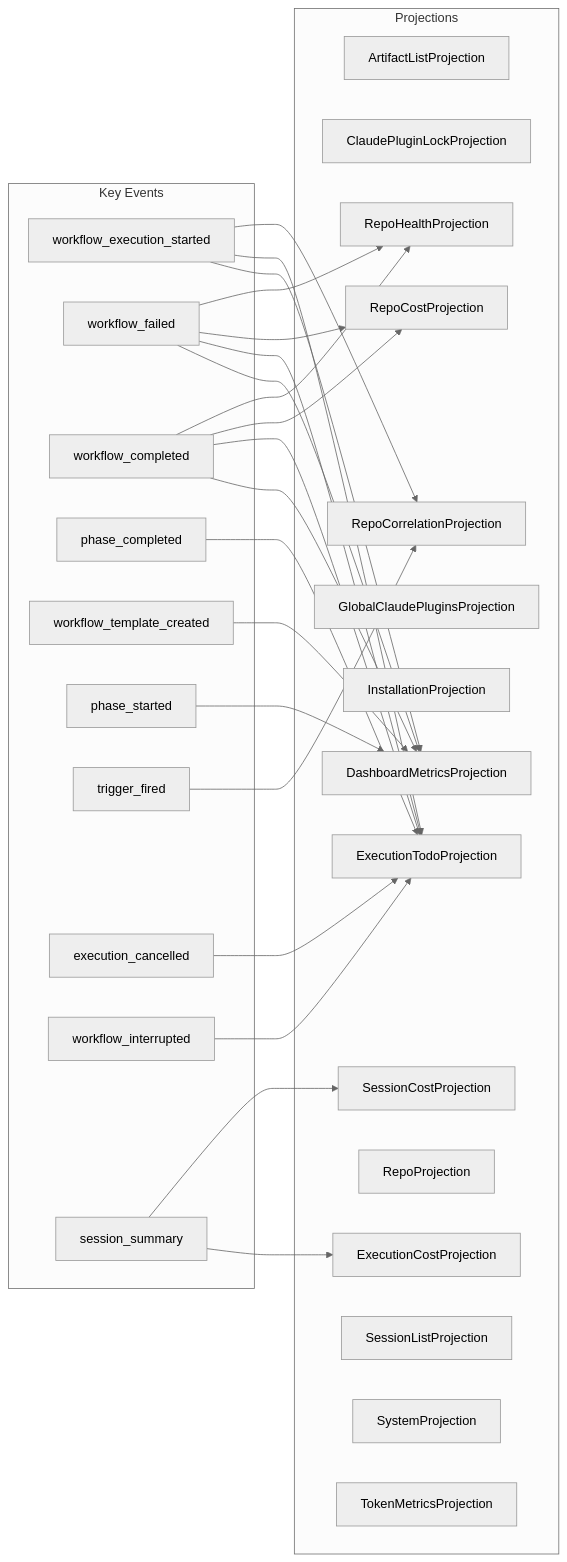
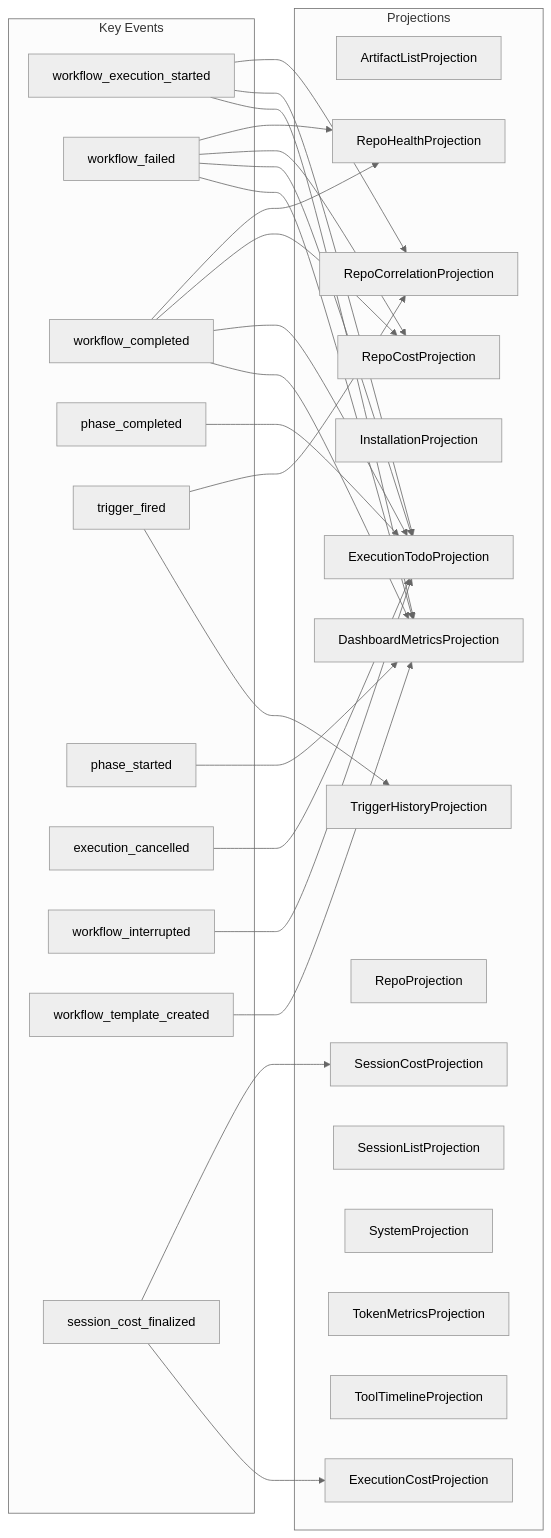
One commit to syntropic137/syntropic137 changed the diagram in docs/architecture/projection-subscriptions.md. Above: the diagram before and after it, drawn with Mermaid (neutral theme). The commit also changed other lines of this file and 1 other file, not shown here.

Commit message:
docs: update generated architecture docs
Pre-existing drift on main - the generated projection/event-flow docs were
stale relative to the code. Regenerating reproduces this diff deterministically
from a clean checkout, so an earlier merge landed without running docs-sync.

Surfaced by the pre-push codegen drift hook while pushing the dependency
audit fix.

Claude-Session: https://claude.ai/code/session_019TtekhJft4s2qBGRGgxToG

````diff
--- a/docs/architecture/projection-subscriptions.md
+++ b/docs/architecture/projection-subscriptions.md
@@ -15,53 +15,54 @@
 ```mermaid
 graph LR
     subgraph events["Key Events"]
         e1[workflow_execution_started]
         e2[workflow_failed]
         e3[workflow_completed]
         e4[phase_completed]
-        e5[workflow_template_created]
+        e5[trigger_fired]
         e6[phase_started]
-        e7[trigger_fired]
-        e8[execution_cancelled]
-        e9[workflow_interrupted]
-        e10[session_summary]
+        e7[execution_cancelled]
+        e8[workflow_interrupted]
+        e9[workflow_template_created]
+        e10[session_cost_finalized]
     end
 
     subgraph projections["Projections"]
         p1[ArtifactListProjection]
-        p2[ClaudePluginLockProjection]
-        p3[DashboardMetricsProjection]
-        p4[ExecutionCostProjection]
-        p5[ExecutionTodoProjection]
-        p6[GlobalClaudePluginsProjection]
-        p7[InstallationProjection]
-        p8[RepoCorrelationProjection]
-        p9[RepoCostProjection]
-        p10[RepoHealthProjection]
-        p11[RepoProjection]
-        p12[SessionCostProjection]
-        p13[SessionListProjection]
-        p14[SystemProjection]
-        p15[TokenMetricsProjection]
+        p2[DashboardMetricsProjection]
+        p3[ExecutionCostProjection]
+        p4[ExecutionTodoProjection]
+        p5[InstallationProjection]
+        p6[RepoCorrelationProjection]
+        p7[RepoCostProjection]
+        p8[RepoHealthProjection]
+        p9[RepoProjection]
+        p10[SessionCostProjection]
+        p11[SessionListProjection]
+        p12[SystemProjection]
+        p13[TokenMetricsProjection]
+        p14[ToolTimelineProjection]
+        p15[TriggerHistoryProjection]
     end
 
-    e2 --> p10
-    e2 --> p9
-    e2 --> p5
-    e2 --> p3
-    e4 --> p5
-    e10 --> p12
-    e10 --> p4
-    e1 --> p8
-    e1 --> p5
-    e1 --> p3
-    e5 --> p3
-    e6 --> p3
-    e7 --> p8
-    e8 --> p5
-    e9 --> p5
-    e3 --> p10
-    e3 --> p9
-    e3 --> p5
-    e3 --> p3
+    e5 --> p6
+    e5 --> p15
+    e6 --> p2
+    e7 --> p4
+    e10 --> p10
+    e10 --> p3
+    e2 --> p8
+    e2 --> p7
+    e2 --> p4
+    e2 --> p2
+    e3 --> p8
+    e3 --> p7
+    e3 --> p4
+    e3 --> p2
+    e1 --> p6
+    e1 --> p4
+    e1 --> p2
+    e4 --> p4
+    e8 --> p4
+    e9 --> p2
 ```
````
